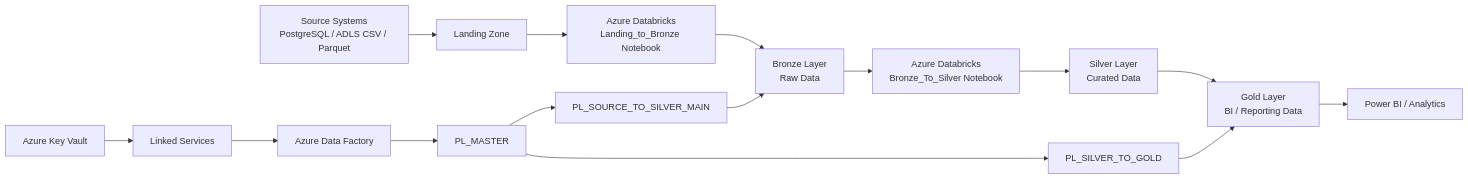
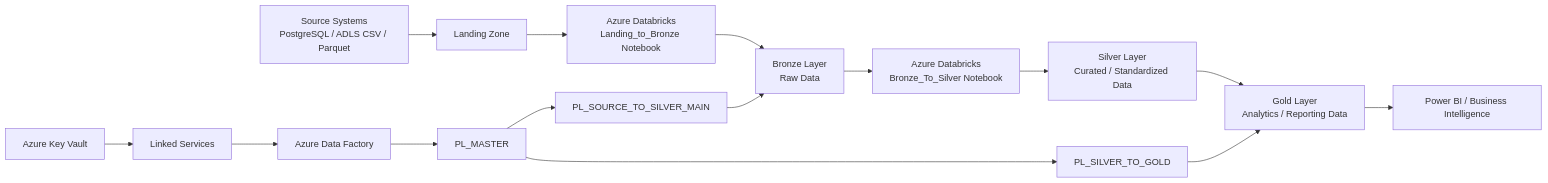
The diagram in README.md (rishabhdiwedi-hub/AzureDataEngineer-Medical-End-To-End-Project), drawn with Mermaid before and after one commit. The commit also changed other lines of this file, not shown here.

Commit message:
Enhance README with polished project overview, repository details, architecture, and usage guidance

````diff
--- a/README.md
+++ b/README.md
@@ -51,19 +45,19 @@
 ```mermaid
 flowchart LR
-    A[Source Systems\nPostgreSQL / ADLS CSV / Parquet] --> B[Landing Zone]
-    B --> C[Azure Databricks\nLanding_to_Bronze Notebook]
-    C --> D[Bronze Layer\nRaw Data]
-    D --> E[Azure Databricks\nBronze_To_Silver Notebook]
-    E --> F[Silver Layer\nCurated Data]
-    F --> G[Gold Layer\nBI / Reporting Data]
-    G --> H[Power BI / Analytics]
+    A[Source Systems<br/>PostgreSQL / ADLS CSV / Parquet] --> B[Landing Zone]
+    B --> C[Azure Databricks<br/>Landing_to_Bronze Notebook]
+    C --> D[Bronze Layer<br/>Raw Data]
+    D --> E[Azure Databricks<br/>Bronze_To_Silver Notebook]
+    E --> F[Silver Layer<br/>Curated / Standardized Data]
+    F --> G[Gold Layer<br/>Analytics / Reporting Data]
+    G --> H[Power BI / Business Intelligence]
 
     I[Azure Data Factory] --> J[PL_MASTER]
     J --> K[PL_SOURCE_TO_SILVER_MAIN]
     K --> D
     J --> L[PL_SILVER_TO_GOLD]
     L --> G
 
     M[Azure Key Vault] --> N[Linked Services]
     N --> I
 ```
````
